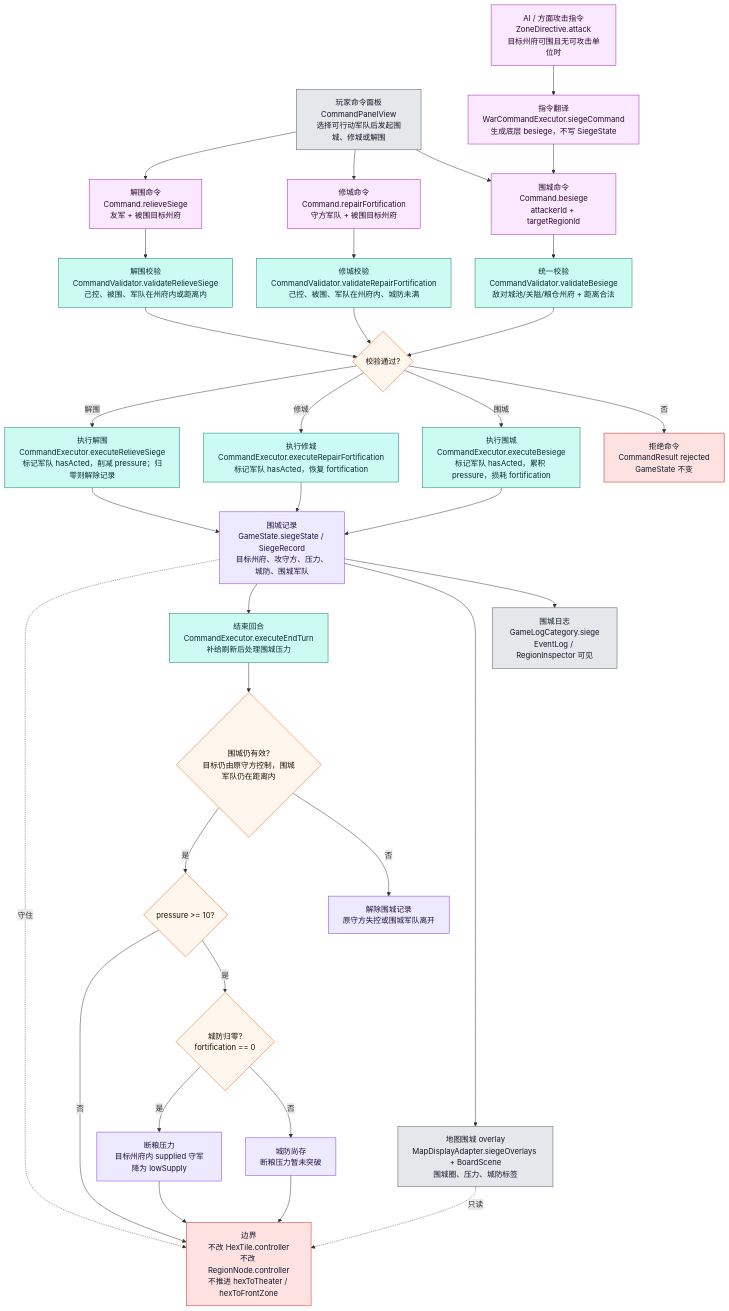
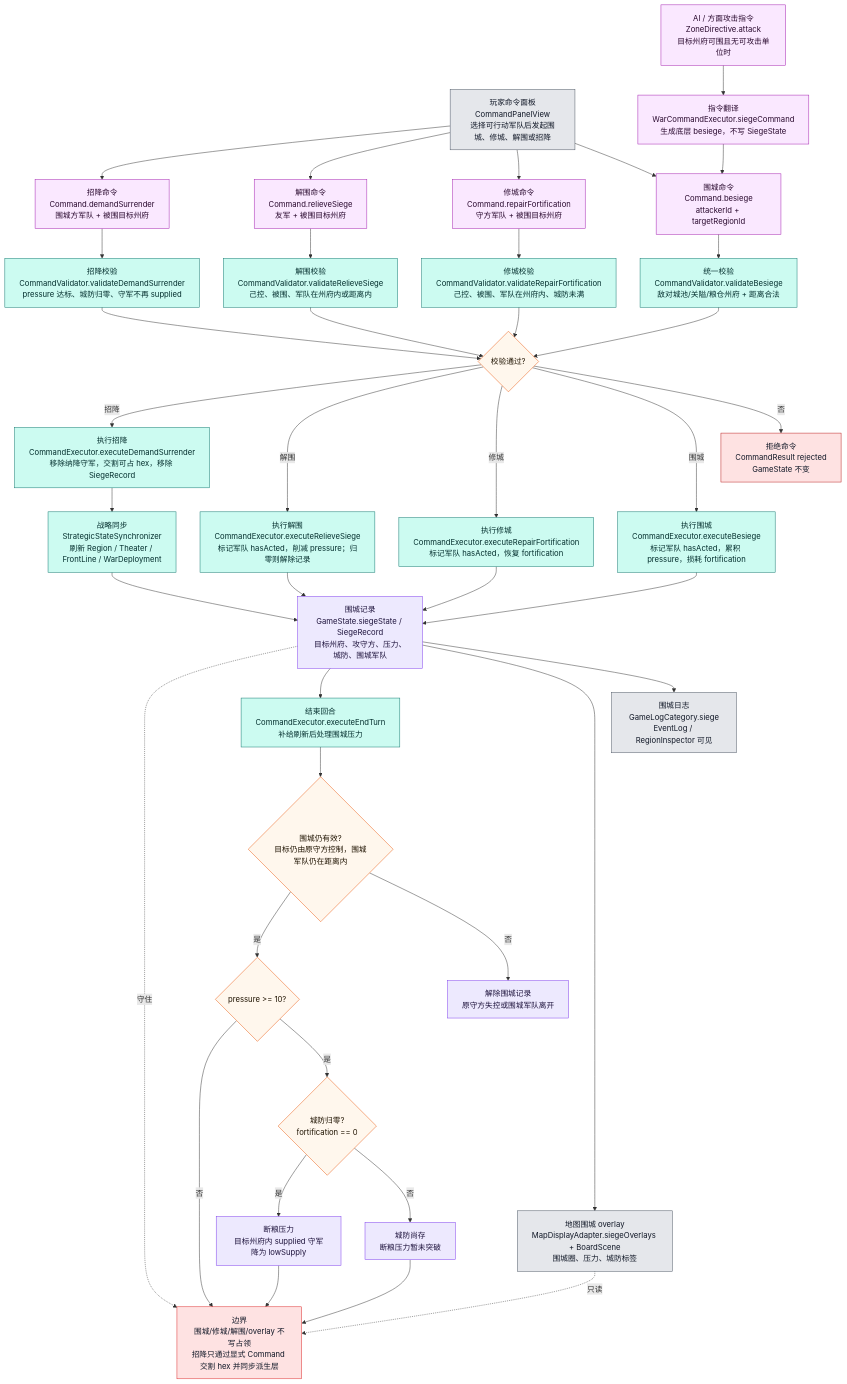
Before and after one commit to Altman-sam114/125: the sixth of 12 diagrams in md/flow/flowchart.md, drawn with Mermaid. The commit also changed other lines of this file and 13 other files, not shown here.

Commit message:
feat(siege): add Tang Song surrender command

````diff
--- a/md/flow/flowchart.md
+++ b/md/flow/flowchart.md
@@ -293,55 +293,61 @@
 ```mermaid
 flowchart TD
-    UI["玩家命令面板<br/>CommandPanelView<br/>选择可行动军队后发起围城、修城或解围"]:::ui
+    UI["玩家命令面板<br/>CommandPanelView<br/>选择可行动军队后发起围城、修城、解围或招降"]:::ui
     AI["AI / 方面攻击指令<br/>ZoneDirective.attack<br/>目标州府可围且无可攻击单位时"]:::command
     WCE["指令翻译<br/>WarCommandExecutor.siegeCommand<br/>生成底层 besiege，不写 SiegeState"]:::command
     CMD["围城命令<br/>Command.besiege<br/>attackerId + targetRegionId"]:::command
     VALID["统一校验<br/>CommandValidator.validateBesiege<br/>敌对城池/关隘/粮仓州府 + 距离合法"]:::rules
     REPAIR["修城命令<br/>Command.repairFortification<br/>守方军队 + 被围目标州府"]:::command
     RVALID["修城校验<br/>CommandValidator.validateRepairFortification<br/>己控、被围、军队在州府内、城防未满"]:::rules
     RELIEVE["解围命令<br/>Command.relieveSiege<br/>友军 + 被围目标州府"]:::command
     LVALID["解围校验<br/>CommandValidator.validateRelieveSiege<br/>己控、被围、军队在州府内或距离内"]:::rules
+    SURRENDER["招降命令<br/>Command.demandSurrender<br/>围城方军队 + 被围目标州府"]:::command
+    SVALID["招降校验<br/>CommandValidator.validateDemandSurrender<br/>pressure 达标、城防归零、守军不再 supplied"]:::rules
     PASS{"校验通过?"}:::decision
     REJECT["拒绝命令<br/>CommandResult rejected<br/>GameState 不变"]:::stop
     EXEC["执行围城<br/>CommandExecutor.executeBesiege<br/>标记军队 hasActed，累积 pressure，损耗 fortification"]:::rules
     REXEC["执行修城<br/>CommandExecutor.executeRepairFortification<br/>标记军队 hasActed，恢复 fortification"]:::rules
     LEXEC["执行解围<br/>CommandExecutor.executeRelieveSiege<br/>标记军队 hasActed，削减 pressure；归零则解除记录"]:::rules
+    SEXEC["执行招降<br/>CommandExecutor.executeDemandSurrender<br/>移除纳降守军，交割可占 hex，移除 SiegeRecord"]:::rules
+    SYNC["战略同步<br/>StrategicStateSynchronizer<br/>刷新 Region / Theater / FrontLine / WarDeployment"]:::rules
     STATE["围城记录<br/>GameState.siegeState / SiegeRecord<br/>目标州府、攻守方、压力、城防、围城军队"]:::state
     DISPLAY["地图围城 overlay<br/>MapDisplayAdapter.siegeOverlays + BoardScene<br/>围城圈、压力、城防标签"]:::ui
     LOG["围城日志<br/>GameLogCategory.siege<br/>EventLog / RegionInspector 可见"]:::ui
     END["结束回合<br/>CommandExecutor.executeEndTurn<br/>补给刷新后处理围城压力"]:::rules
     HOLD{"围城仍有效?<br/>目标仍由原守方控制，围城军队仍在距离内"}:::decision
     LIFT["解除围城记录<br/>原守方失控或围城军队离开"]:::state
     PRESS{"pressure >= 10?"}:::decision
     WALL{"城防归零?<br/>fortification == 0"}:::decision
     BLOCK["城防尚存<br/>断粮压力暂未突破"]:::state
     LOW["断粮压力<br/>目标州府内 supplied 守军降为 lowSupply"]:::state
-    HEX["边界<br/>不改 HexTile.controller<br/>不改 RegionNode.controller<br/>不推进 hexToTheater / hexToFrontZone"]:::authority
+    HEX["边界<br/>围城/修城/解围/overlay 不写占领<br/>招降只通过显式 Command 交割 hex 并同步派生层"]:::authority
 
     UI --> CMD --> VALID --> PASS
     AI --> WCE --> CMD
     UI --> REPAIR --> RVALID --> PASS
     UI --> RELIEVE --> LVALID --> PASS
+    UI --> SURRENDER --> SVALID --> PASS
     PASS -->|否| REJECT
     PASS -->|围城| EXEC --> STATE --> LOG
     PASS -->|修城| REXEC --> STATE
     PASS -->|解围| LEXEC --> STATE
+    PASS -->|招降| SEXEC --> SYNC --> STATE
     STATE --> DISPLAY
     STATE --> END --> HOLD
     HOLD -->|否| LIFT
     HOLD -->|是| PRESS
     PRESS -->|是| WALL
     WALL -->|否| BLOCK --> HEX
     WALL -->|是| LOW --> HEX
     PRESS -->|否| HEX
     STATE -.守住.-> HEX
     DISPLAY -.只读.-> HEX
 
     classDef ui fill:#e5e7eb,stroke:#4b5563,color:#111827
     classDef command fill:#fae8ff,stroke:#a21caf,color:#2a0a2f
     classDef rules fill:#ccfbf1,stroke:#0f766e,color:#042f2e
     classDef decision fill:#fff7ed,stroke:#ea580c,color:#1f1300
     classDef stop fill:#fee2e2,stroke:#b91c1c,color:#111827
     classDef state fill:#ede9fe,stroke:#7c3aed,color:#1f143d
     classDef authority fill:#fee2e2,stroke:#dc2626,color:#111827
 ```
````
